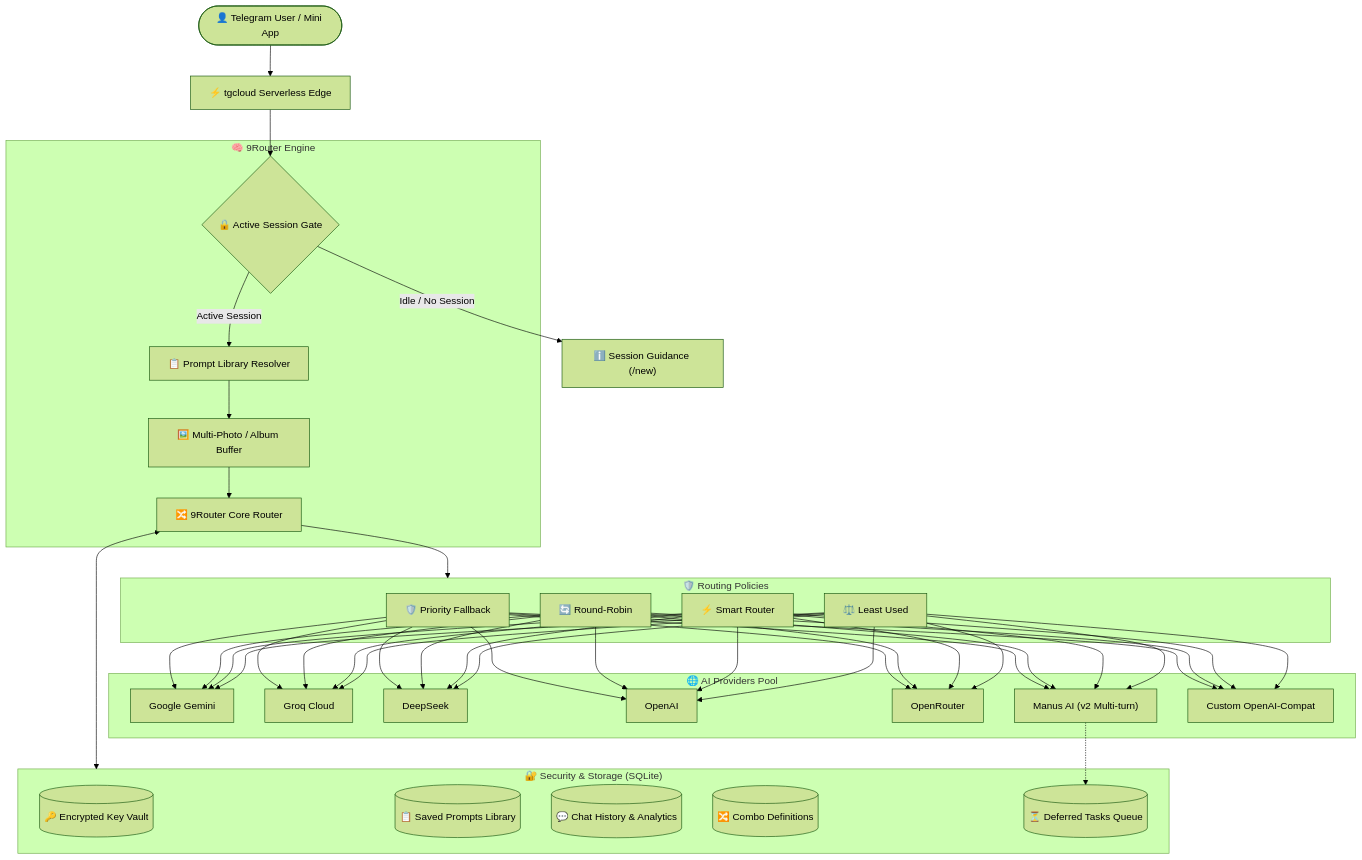
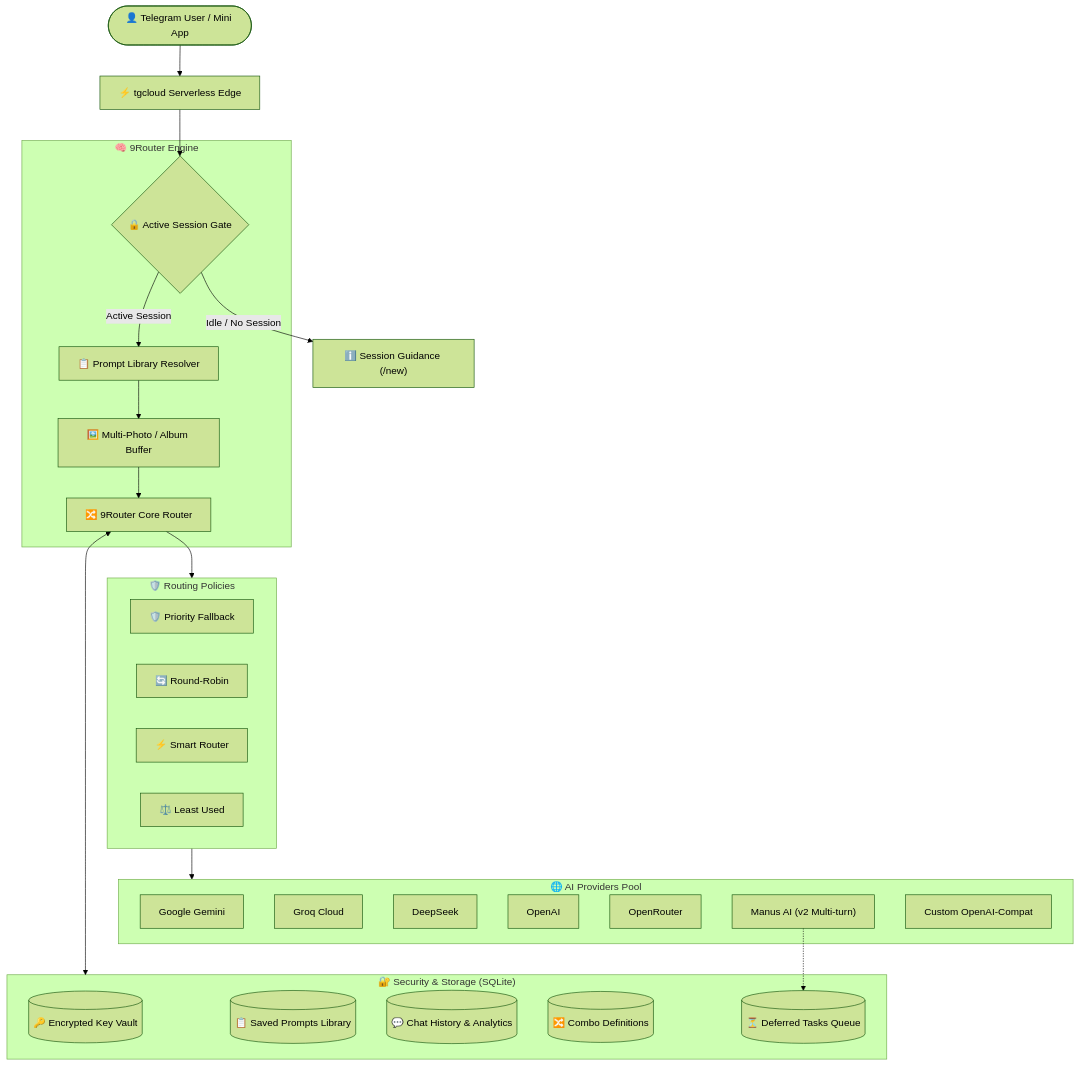
The diagram in README.md (mohsen-niksirat/9router_TG_Bot), drawn with Mermaid (forest theme) before and after one commit. The commit also changed 3 other files, not shown here.

Commit message:
fix: mermaid diagram in README and add manual key cooldown reset button

````diff
--- a/README.md
+++ b/README.md
@@ -87,49 +87,49 @@
 ```mermaid
 flowchart TD
     User(["👤 Telegram User / Mini App"]) --> Webhook["⚡ tgcloud Serverless Edge"]
     
     subgraph CoreEngine["🧠 9Router Engine"]
         SessionGate{"🔒 Active Session Gate"}
         PromptResolver["📋 Prompt Library Resolver"]
         MediaBuffer["🖼️ Multi-Photo / Album Buffer"]
         Router["🔀 9Router Core Router"]
     end
     
     Webhook --> SessionGate
-    SessionGate -- "Active Session" --> PromptResolver
-    SessionGate -- "Idle / No Session" --> Guidance["ℹ️ Session Guidance (/new)"]
+    SessionGate -->|"Active Session"| PromptResolver
+    SessionGate -->|"Idle / No Session"| Guidance["ℹ️ Session Guidance (/new)"]
     PromptResolver --> MediaBuffer
     MediaBuffer --> Router
 
     subgraph StorageVault["🔐 Security & Storage (SQLite)"]
         Vault[("🔑 Encrypted Key Vault")]
         PromptsDB[("📋 Saved Prompts Library")]
         HistoryDB[("💬 Chat History & Analytics")]
         CombosDB[("🔀 Combo Definitions")]
         PendingQueue[("⏳ Deferred Tasks Queue")]
     end
 
     Router <--> StorageVault
 
     subgraph PoliciesSub["🛡️ Routing Policies"]
         P1["🛡️ Priority Fallback"]
         P2["🔄 Round-Robin"]
         P3["⚡ Smart Router"]
         P4["⚖️ Least Used"]
     end
 
     Router --> PoliciesSub
 
     subgraph ProvidersSub["🌐 AI Providers Pool"]
         G["Google Gemini"]
         GQ["Groq Cloud"]
         DS["DeepSeek"]
         OAI["OpenAI"]
         OR["OpenRouter"]
         MANUS["Manus AI (v2 Multi-turn)"]
         CUSTOM["Custom OpenAI-Compat"]
     end
 
-    P1 & P2 & P3 & P4 --> G & GQ & DS & OAI & OR & MANUS & CUSTOM
+    PoliciesSub --> ProvidersSub
     MANUS -.-> PendingQueue
 ```
````
